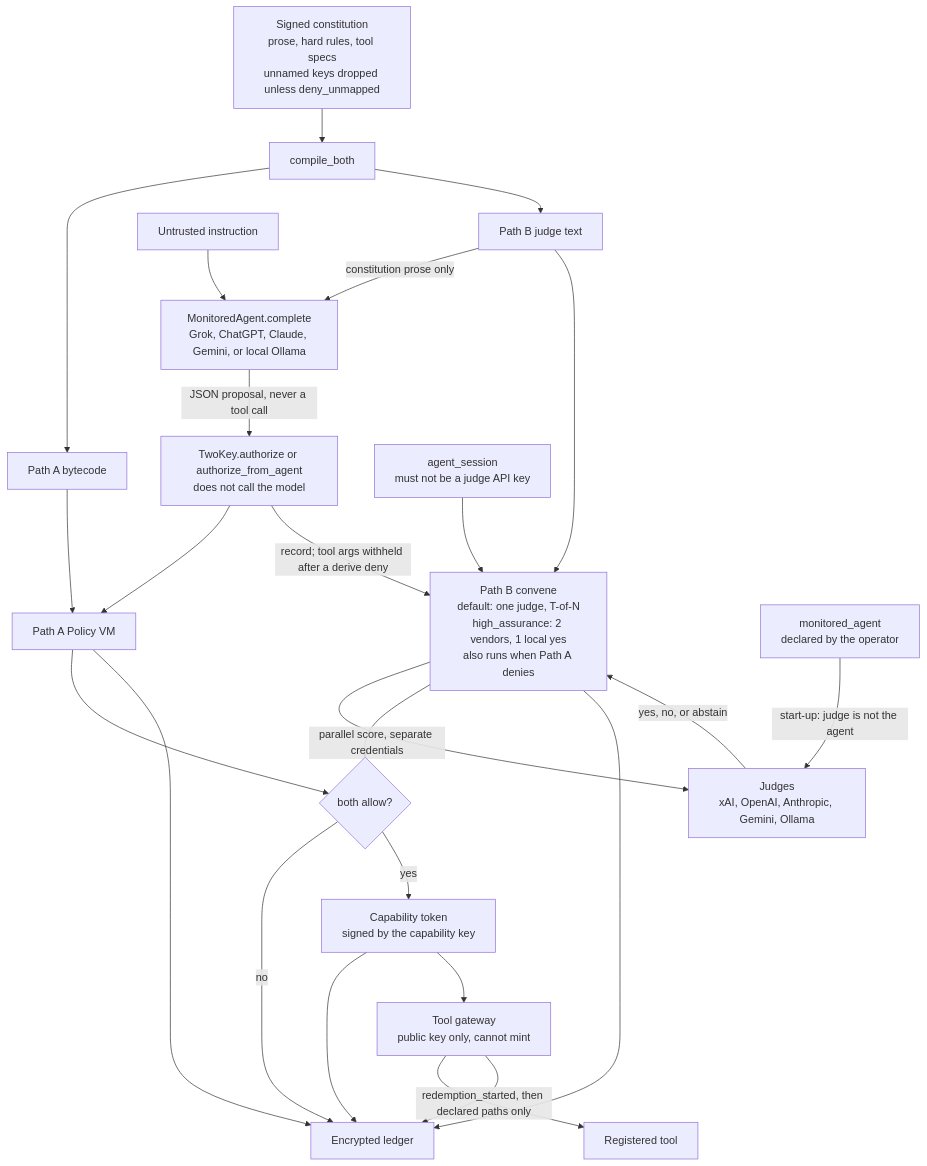
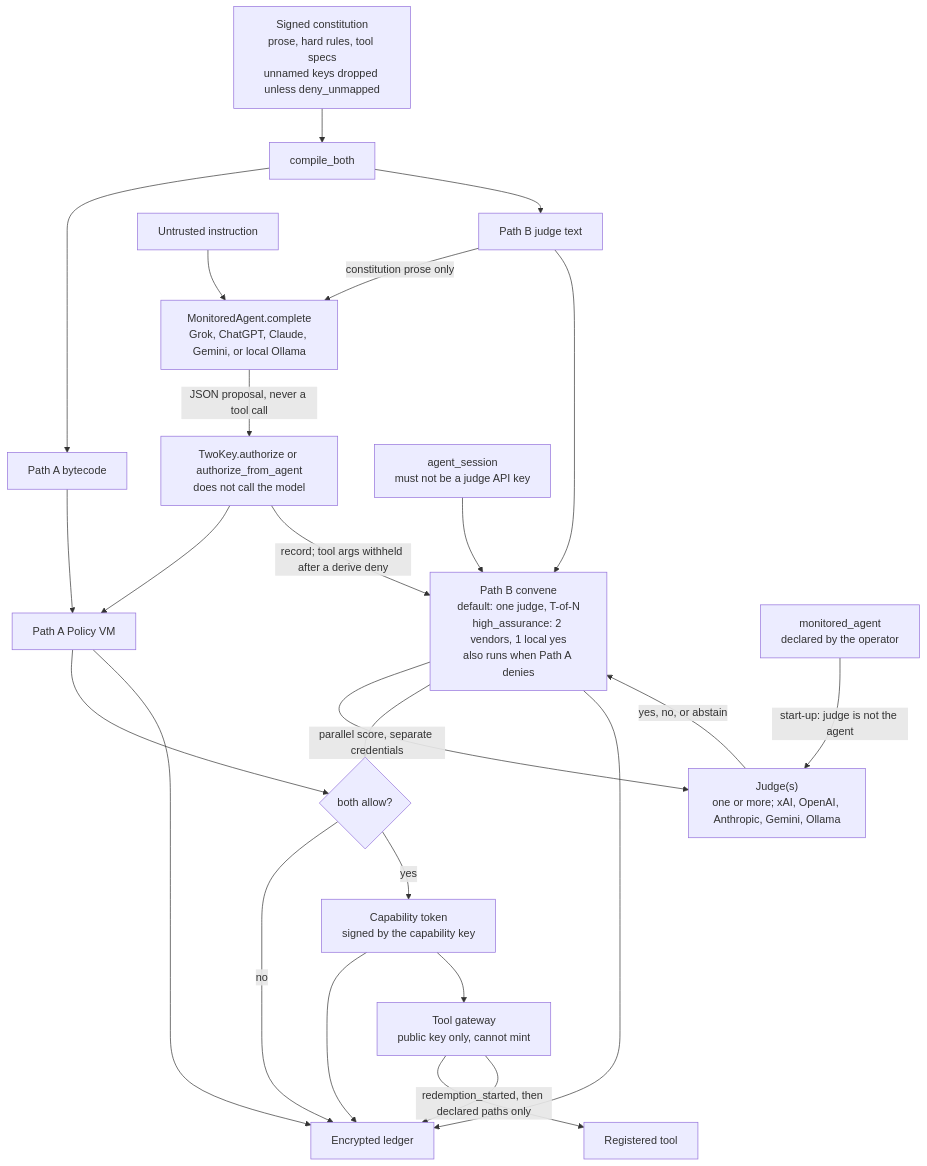
Before and after one commit to Insomniac-VibeLabs/two-key-concept: the first of 2 diagrams in README.md, drawn with Mermaid. The commit also changed other lines of this file, not shown here.

Commit message:
Docs: Dual-path authorization heading; clarify Judge(s) in diagram.

````diff
--- a/README.md
+++ b/README.md
@@ -83,27 +83,27 @@
 ```mermaid
 flowchart TD
   constitution["Signed constitution<br/>prose, hard rules, tool specs<br/>unnamed keys dropped unless deny_unmapped"] --> compile["compile_both"]
   compile --> bytecode["Path A bytecode"]
   compile --> judgeText["Path B judge text"]
   instruction["Untrusted instruction"] --> agent["MonitoredAgent.complete<br/>Grok, ChatGPT, Claude, Gemini, or local Ollama"]
   judgeText -->|"constitution prose only"| agent
   agent -->|"JSON proposal, never a tool call"| authorize["TwoKey.authorize or authorize_from_agent<br/>does not call the model"]
   bytecode --> pathA["Path A Policy VM"]
   authorize --> pathA
   authorize -->|"record; tool args withheld after a derive deny"| pathB["Path B convene<br/>default: one judge, T-of-N<br/>high_assurance: 2 vendors, 1 local yes<br/>also runs when Path A denies"]
   judgeText --> pathB
   declared["monitored_agent<br/>declared by the operator"] -->|"start-up: judge is not the agent"| judges
   session["agent_session<br/>must not be a judge API key"] --> pathB
-  pathB -->|"parallel score, separate credentials"| judges["Judges<br/>xAI, OpenAI, Anthropic, Gemini, Ollama"]
+  pathB -->|"parallel score, separate credentials"| judges["Judge(s)<br/>one or more; xAI, OpenAI, Anthropic, Gemini, Ollama"]
   judges -->|"yes, no, or abstain"| pathB
   pathA --> gate{"both allow?"}
   pathB --> gate
   pathA --> ledger["Encrypted ledger"]
   pathB --> ledger
   gate -->|no| ledger
   gate -->|yes| token["Capability token<br/>signed by the capability key"]
   token --> ledger
   token --> gateway["Tool gateway<br/>public key only, cannot mint"]
   gateway -->|"redemption_started, then declared paths only"| tool["Registered tool"]
   gateway --> ledger
 ```
````
